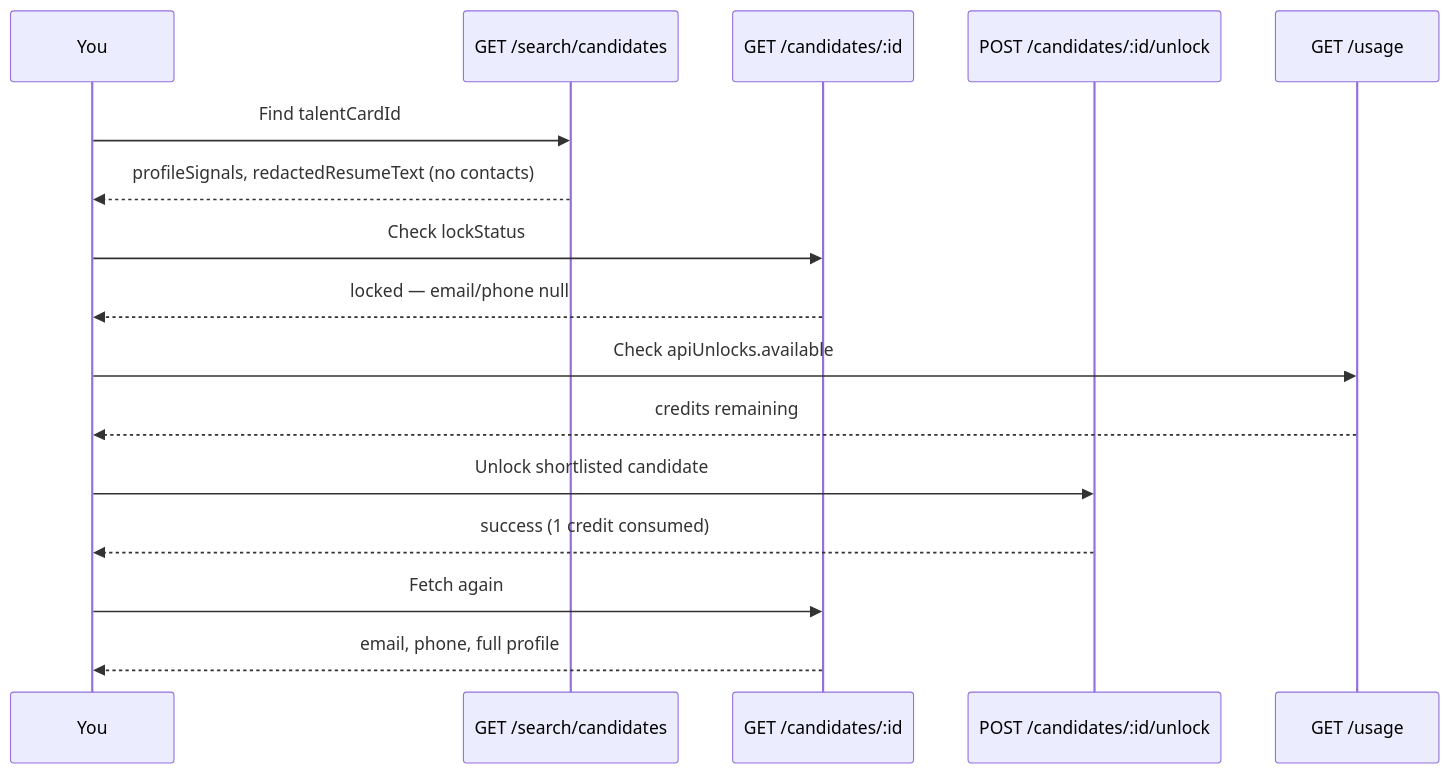
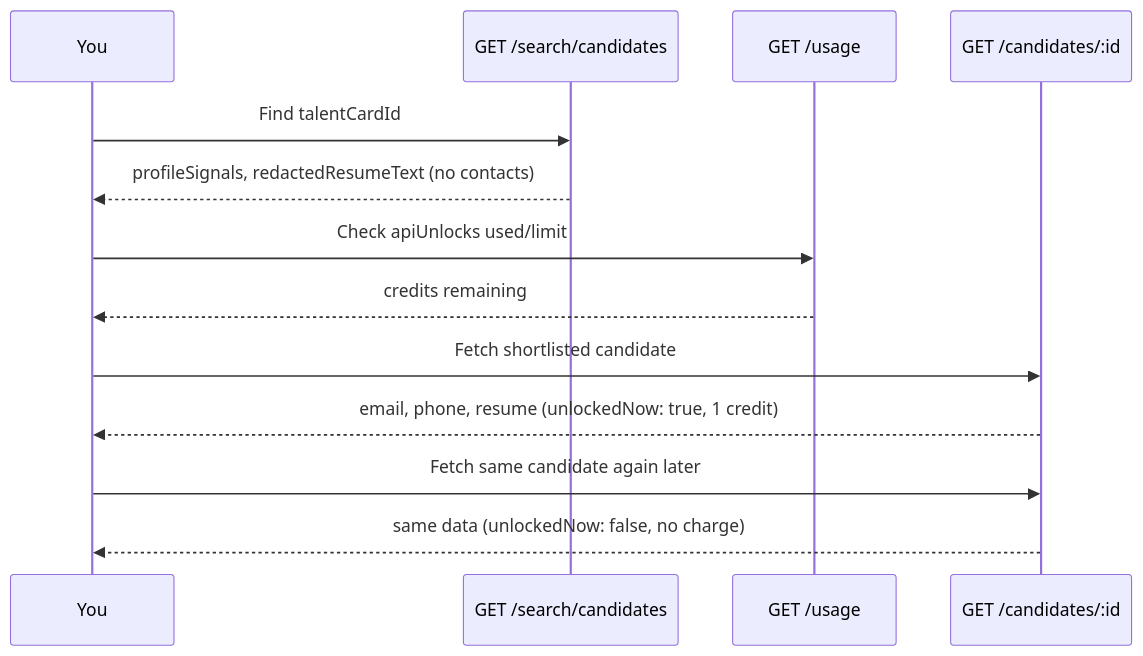
Before and after one commit to CutShortHQ/cutshort-api-docs: the diagram in guides/get-candidate-details.mdx, drawn with Mermaid. The commit also changed other lines of this file and 11 other files, not shown here.

````diff
--- a/guides/get-candidate-details.mdx
+++ b/guides/get-candidate-details.mdx
@@ -14,19 +16,16 @@
 ```mermaid
 sequenceDiagram
   participant You
   participant Search as GET /search/candidates
+  participant Usage as GET /usage
   participant Detail as GET /candidates/:id
-  participant Unlock as POST /candidates/:id/unlock
-  participant Usage as GET /usage
 
   You->>Search: Find talentCardId
   Search-->>You: profileSignals, redactedResumeText (no contacts)
-  You->>Detail: Check lockStatus
-  Detail-->>You: locked — email/phone null
-  You->>Usage: Check apiUnlocks.available
+  You->>Usage: Check apiUnlocks used/limit
   Usage-->>You: credits remaining
-  You->>Unlock: Unlock shortlisted candidate
-  Unlock-->>You: success (1 credit consumed)
-  You->>Detail: Fetch again
-  Detail-->>You: email, phone, full profile
+  You->>Detail: Fetch shortlisted candidate
+  Detail-->>You: email, phone, resume (unlockedNow: true, 1 credit)
+  You->>Detail: Fetch same candidate again later
+  Detail-->>You: same data (unlockedNow: false, no charge)
 ```
````
